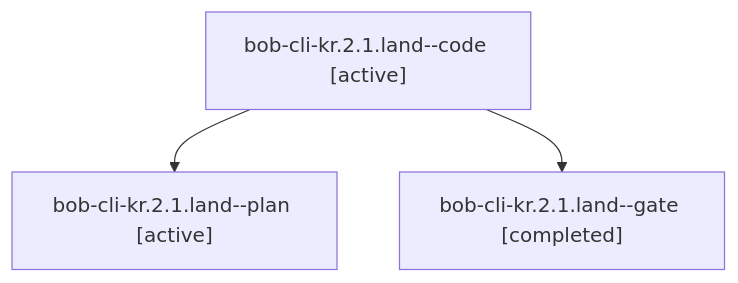
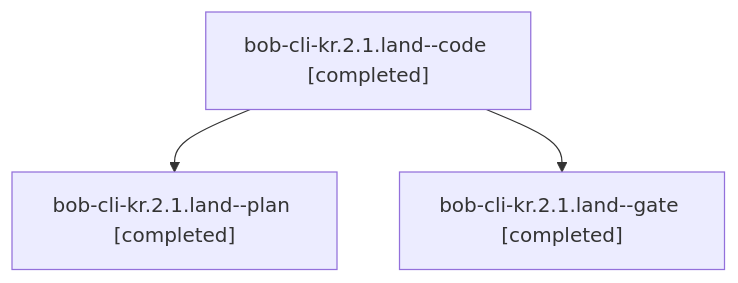
One commit to bobs-org/bob-cli--agents changed the diagram in sessions/bbugyi200.apollo.bob-cli-kr.2.1.land.md. Above: the diagram before and after it, drawn with Mermaid. The commit also changed other lines of this file and 32 other files, not shown here.

````diff
--- a/sessions/bbugyi200.apollo.bob-cli-kr.2.1.land.md
+++ b/sessions/bbugyi200.apollo.bob-cli-kr.2.1.land.md
@@ -9,8 +9,8 @@
 ```mermaid
 flowchart TD
-  n0["bob-cli-kr.2.1.land--code [active]"]
-  n1["bob-cli-kr.2.1.land--plan [active]"]
+  n0["bob-cli-kr.2.1.land--code [completed]"]
+  n1["bob-cli-kr.2.1.land--plan [completed]"]
   n0 --> n1
   n2["bob-cli-kr.2.1.land--gate [completed]"]
   n0 --> n2
 ```
````
